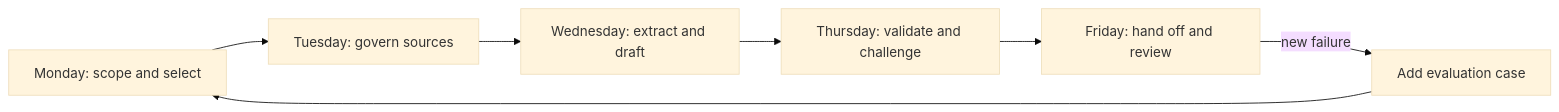
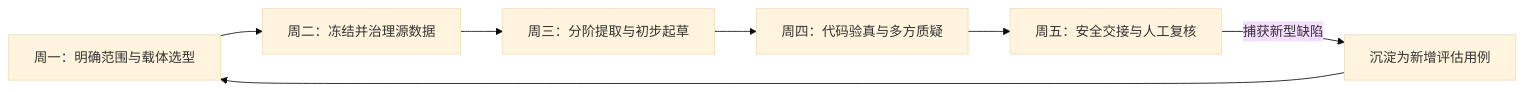
The diagram in certifications/claude/lessons/29-associate-workflow-capstone/docs/en.md (cluster1900/ai-engineering-from-scratch-zh), drawn with Mermaid (base theme) before and after one commit. The commit also changed other lines of this file and 187 other files, not shown here.

````diff
--- a/certifications/claude/lessons/29-associate-workflow-capstone/docs/en.md
+++ b/certifications/claude/lessons/29-associate-workflow-capstone/docs/en.md
@@ -40,9 +40,9 @@
 ```mermaid
 flowchart LR
-    A["Monday: scope and select"] --> B["Tuesday: govern sources"]
-    B --> C["Wednesday: extract and draft"]
-    C --> D["Thursday: validate and challenge"]
-    D --> E["Friday: hand off and review"]
-    E -->|"new failure"| F["Add evaluation case"]
+    A["周一：明确范围与载体选型"] --> B["周二：冻结并治理源数据"]
+    B --> C["周三：分阶提取与初步起草"]
+    C --> D["周四：代码验真与多方质疑"]
+    D --> E["周五：安全交接与人工复核"]
+    E -->|"捕获新型缺陷"| F["沉淀为新增评估用例"]
     F --> A
 ```
````
